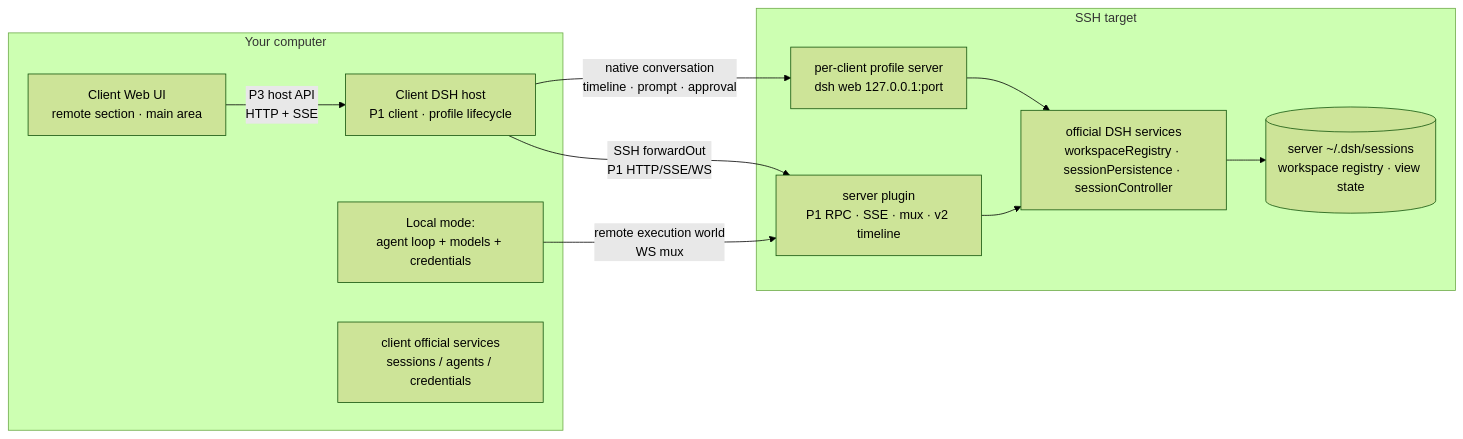
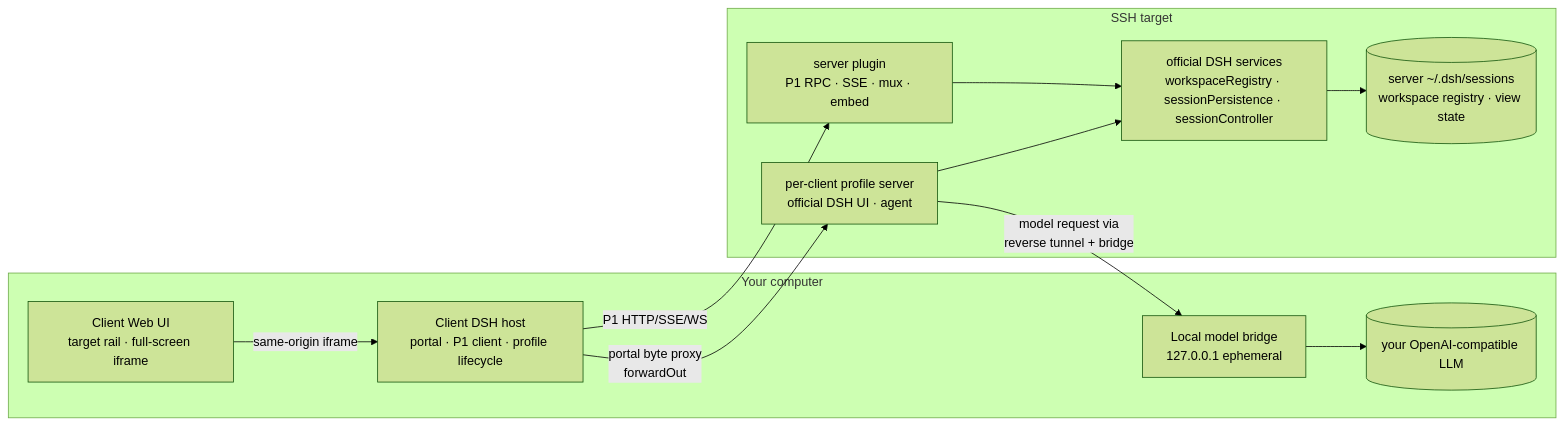
One commit to graydovee/dsh-remote-window changed the diagram in README.md. Above: the diagram before and after it, drawn with Mermaid (forest theme). The commit also changed other lines of this file and 43 other files, not shown here.

First line of the commit message:
feat!: v3 full-screen official UI with an optional local model

````diff
--- a/README.md
+++ b/README.md
@@ -73,21 +78,22 @@
 ```mermaid
 flowchart LR
   subgraph client [Your computer]
-    UI[Client Web UI<br/>remote section · main area]
-    CHOST[Client DSH host<br/>P1 client · profile lifecycle]
-    LOOP[Local mode:<br/>agent loop + models + credentials]
-    AGENTS[client official services<br/>sessions / agents / credentials]
+    UI[Client Web UI<br/>target rail · full-screen iframe]
+    CHOST[Client DSH host<br/>portal · P1 client · profile lifecycle]
+    LOCAL[Local model bridge<br/>127.0.0.1 ephemeral]
+    LLM[(your OpenAI-compatible LLM)]
   end
   subgraph server [SSH target]
-    PROF[per-client profile server<br/>dsh web 127.0.0.1:port]
-    PLUG[server plugin<br/>P1 RPC · SSE · mux · v2 timeline]
+    PROF[per-client profile server<br/>official DSH UI · agent]
+    PLUG[server plugin<br/>P1 RPC · SSE · mux · embed]
     OFF[official DSH services<br/>workspaceRegistry · sessionPersistence · sessionController]
     LOG[(server ~/.dsh/sessions<br/>workspace registry · view state)]
   end
-  UI -->|P3 host API<br/>HTTP + SSE| CHOST
-  CHOST -->|SSH forwardOut<br/>P1 HTTP/SSE/WS| PLUG
-  CHOST -->|native conversation<br/>timeline · prompt · approval| PROF
-  LOOP -->|remote execution world<br/>WS mux| PLUG
+  UI -->|same-origin iframe| CHOST
+  CHOST -->|portal byte proxy<br/>forwardOut| PROF
+  CHOST -->|P1 HTTP/SSE/WS| PLUG
+  PROF -->|model request via<br/>reverse tunnel + bridge| LOCAL
+  LOCAL --> LLM
   PLUG --> OFF --> LOG
   PROF --> OFF
 ```
````
